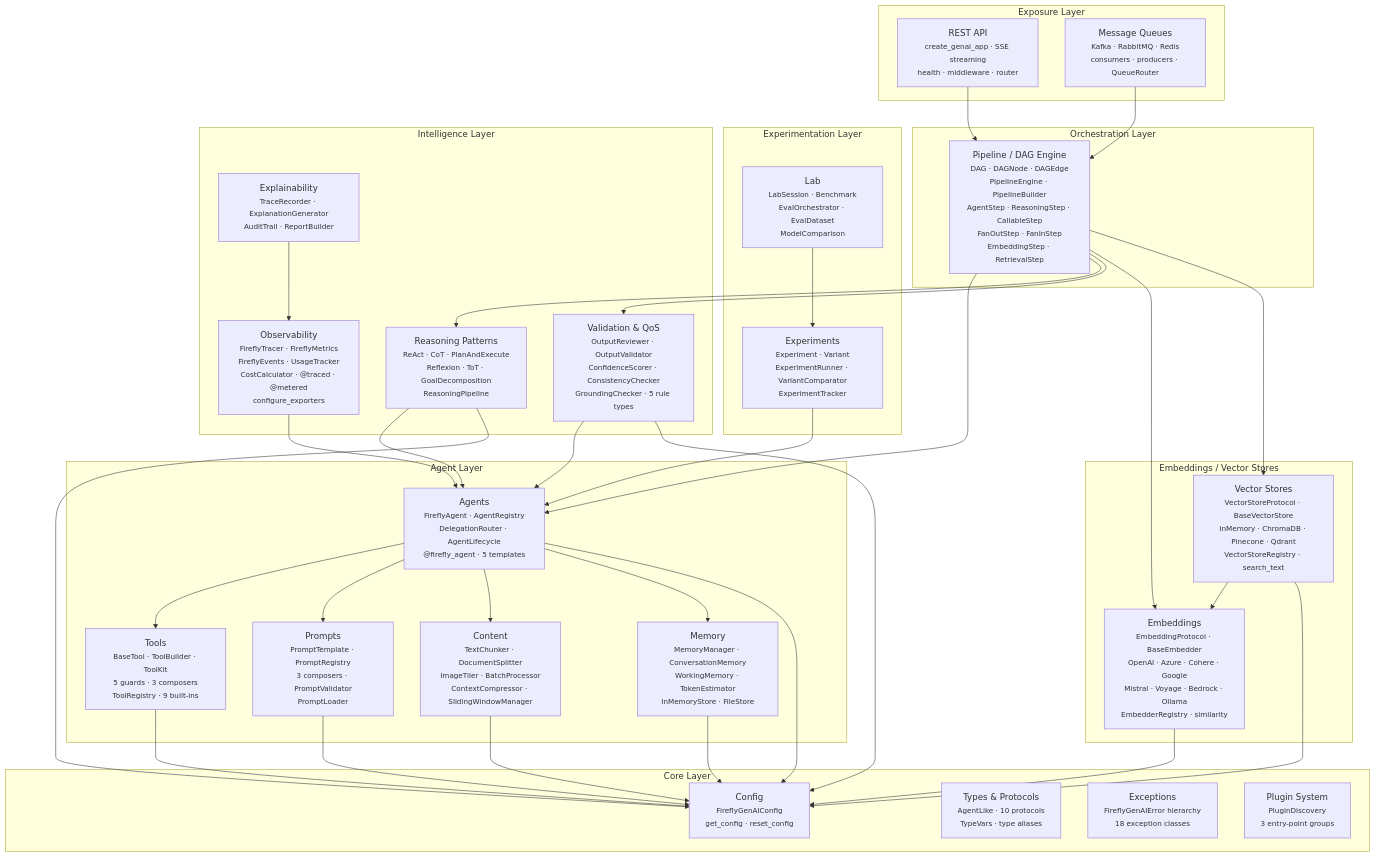
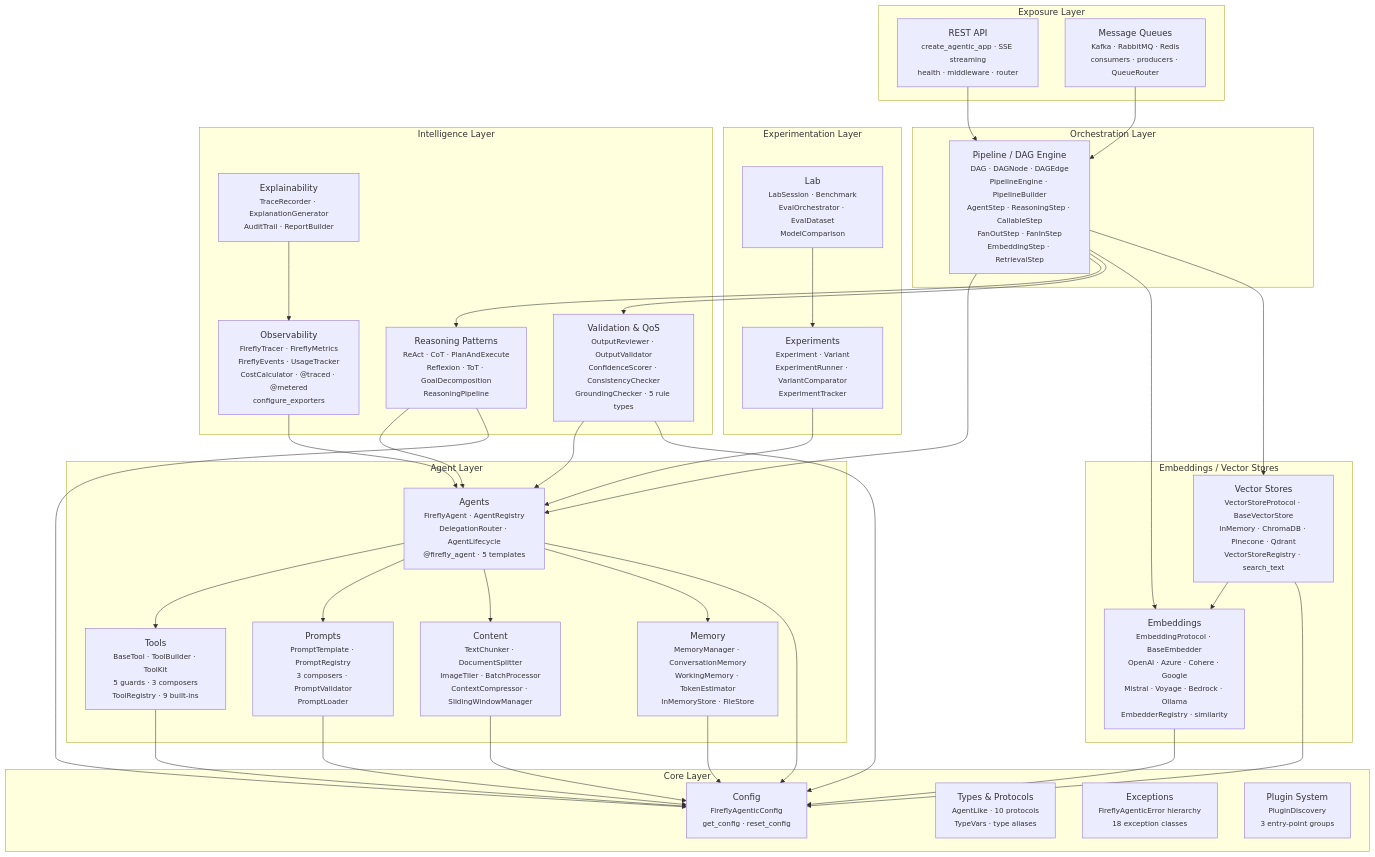
One commit to fireflyframework/fireflyframework-genai changed the first of 2 diagrams in README.md. Above: the diagram before and after it, drawn with Mermaid. The commit also changed other lines of this file and 576 other files, not shown here.

First line of the commit message:
refactor: rename fireflyframework-genai to fireflyframework-agentic

````diff
--- a/README.md
+++ b/README.md
@@ -94,71 +94,71 @@
 ```mermaid
 graph TD
     subgraph Exposure Layer
-        REST["REST API<br/><small>create_genai_app · SSE streaming<br/>health · middleware · router</small>"]
+        REST["REST API<br/><small>create_agentic_app · SSE streaming<br/>health · middleware · router</small>"]
         QUEUES["Message Queues<br/><small>Kafka · RabbitMQ · Redis<br/>consumers · producers · QueueRouter</small>"]
     end
 
     subgraph Orchestration Layer
         PIPE["Pipeline / DAG Engine<br/><small>DAG · DAGNode · DAGEdge<br/>PipelineEngine · PipelineBuilder<br/>AgentStep · ReasoningStep · CallableStep<br/>FanOutStep · FanInStep<br/>EmbeddingStep · RetrievalStep</small>"]
     end
 
     subgraph Embeddings / Vector Stores
         EMB["Embeddings<br/><small>EmbeddingProtocol · BaseEmbedder<br/>OpenAI · Azure · Cohere · Google<br/>Mistral · Voyage · Bedrock · Ollama<br/>EmbedderRegistry · similarity</small>"]
         VS["Vector Stores<br/><small>VectorStoreProtocol · BaseVectorStore<br/>InMemory · ChromaDB · Pinecone · Qdrant<br/>VectorStoreRegistry · search_text</small>"]
     end
 
     subgraph Experimentation Layer
         EXP["Experiments<br/><small>Experiment · Variant<br/>ExperimentRunner · VariantComparator<br/>ExperimentTracker</small>"]
         LAB["Lab<br/><small>LabSession · Benchmark<br/>EvalOrchestrator · EvalDataset<br/>ModelComparison</small>"]
     end
 
     subgraph Intelligence Layer
         REASON["Reasoning Patterns<br/><small>ReAct · CoT · PlanAndExecute<br/>Reflexion · ToT · GoalDecomposition<br/>ReasoningPipeline</small>"]
         VAL["Validation & QoS<br/><small>OutputReviewer · OutputValidator<br/>ConfidenceScorer · ConsistencyChecker<br/>GroundingChecker · 5 rule types</small>"]
         OBS["Observability<br/><small>FireflyTracer · FireflyMetrics<br/>FireflyEvents · UsageTracker<br/>CostCalculator · @traced · @metered<br/>configure_exporters</small>"]
         EXPL["Explainability<br/><small>TraceRecorder · ExplanationGenerator<br/>AuditTrail · ReportBuilder</small>"]
     end
 
     subgraph Agent Layer
         AGT["Agents<br/><small>FireflyAgent · AgentRegistry<br/>DelegationRouter · AgentLifecycle<br/>@firefly_agent · 5 templates</small>"]
         TOOLS["Tools<br/><small>BaseTool · ToolBuilder · ToolKit<br/>5 guards · 3 composers<br/>ToolRegistry · 9 built-ins</small>"]
         PROMPTS["Prompts<br/><small>PromptTemplate · PromptRegistry<br/>3 composers · PromptValidator<br/>PromptLoader</small>"]
         CONTENT["Content<br/><small>TextChunker · DocumentSplitter<br/>ImageTiler · BatchProcessor<br/>ContextCompressor · SlidingWindowManager</small>"]
         MEM["Memory<br/><small>MemoryManager · ConversationMemory<br/>WorkingMemory · TokenEstimator<br/>InMemoryStore · FileStore</small>"]
     end
 
     subgraph Core Layer
-        CFG["Config<br/><small>FireflyGenAIConfig<br/>get_config · reset_config</small>"]
+        CFG["Config<br/><small>FireflyAgenticConfig<br/>get_config · reset_config</small>"]
         TYPES["Types & Protocols<br/><small>AgentLike · 10 protocols<br/>TypeVars · type aliases</small>"]
-        EXC["Exceptions<br/><small>FireflyGenAIError hierarchy<br/>18 exception classes</small>"]
+        EXC["Exceptions<br/><small>FireflyAgenticError hierarchy<br/>18 exception classes</small>"]
         PLUG["Plugin System<br/><small>PluginDiscovery<br/>3 entry-point groups</small>"]
     end
 
     REST --> PIPE
     QUEUES --> PIPE
     PIPE --> AGT
     PIPE --> REASON
     PIPE --> VAL
     PIPE --> EMB
     PIPE --> VS
     VS --> EMB
     EMB --> CFG
     VS --> CFG
     EXP --> AGT
     LAB --> EXP
     REASON --> AGT
     OBS --> AGT
     EXPL --> OBS
     VAL --> AGT
     AGT --> TOOLS
     AGT --> PROMPTS
     AGT --> CONTENT
     AGT --> MEM
     AGT --> CFG
     TOOLS --> CFG
     PROMPTS --> CFG
     CONTENT --> CFG
     MEM --> CFG
     REASON --> CFG
     VAL --> CFG
 ```
````
